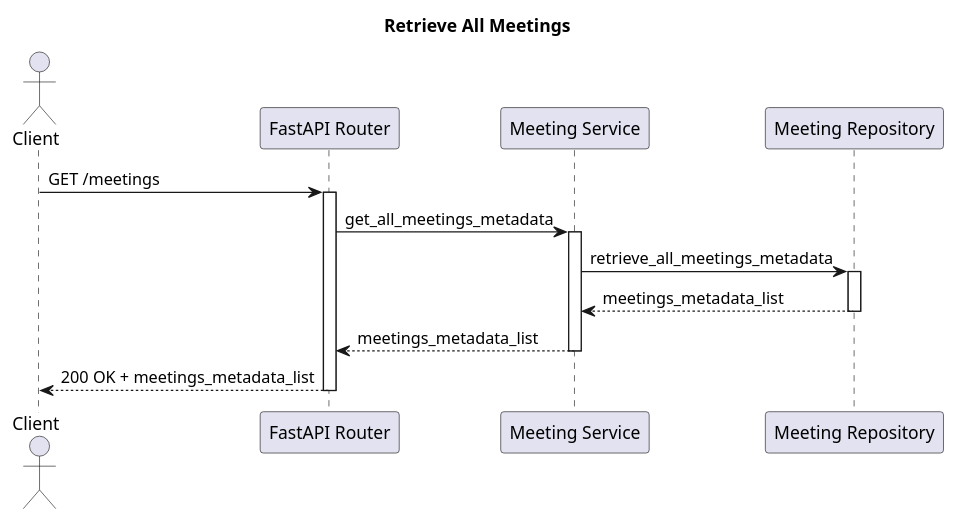
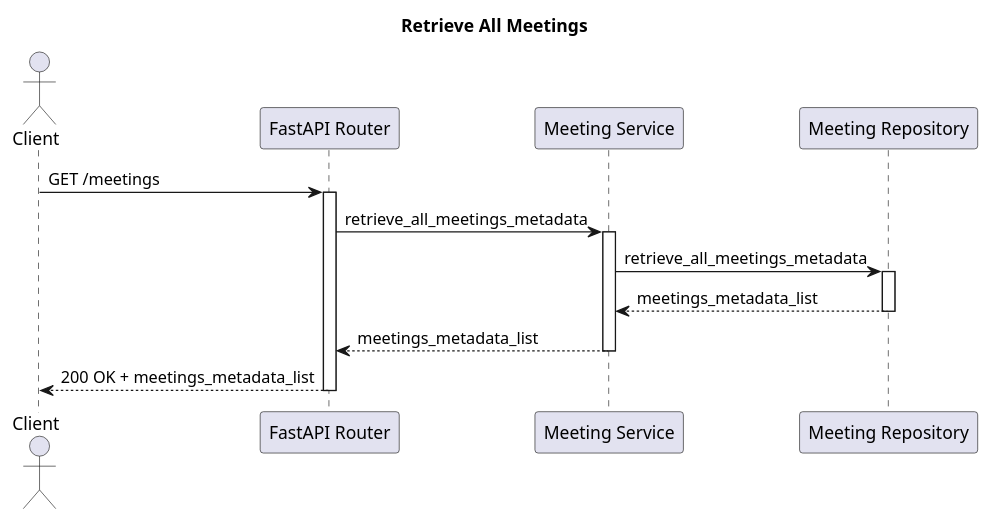
Before and after one commit to estebansuarezcalvoudc/Memento: the diagram in Backend/docs/sequence_diagrams/retrieve_all_meetings.pu, drawn with PlantUML. The commit also changed 11 other files, not shown here.

```diff
--- a/Backend/docs/sequence_diagrams/retrieve_all_meetings.pu
+++ b/Backend/docs/sequence_diagrams/retrieve_all_meetings.pu
@@ -1,28 +1,28 @@
 @startuml Retrieve All Meetings
 
 title Retrieve All Meetings
 
 actor Client
 participant "FastAPI Router" as Router
 participant "Meeting Service" as Service
 participant "Meeting Repository" as Repository
 
 Client -> Router: GET /meetings
 
 activate Router
-Router -> Service: get_all_meetings_metadata
+Router -> Service: retrieve_all_meetings_metadata
 
 activate Service
 Service-> Repository: retrieve_all_meetings_metadata
 
 activate Repository
 Service <-- Repository: meetings_metadata_list
 deactivate Repository
 
 Router <-- Service: meetings_metadata_list
 deactivate Service
 
 Client <-- Router: 200 OK + meetings_metadata_list
 deactivate Router
 
 @enduml
```
